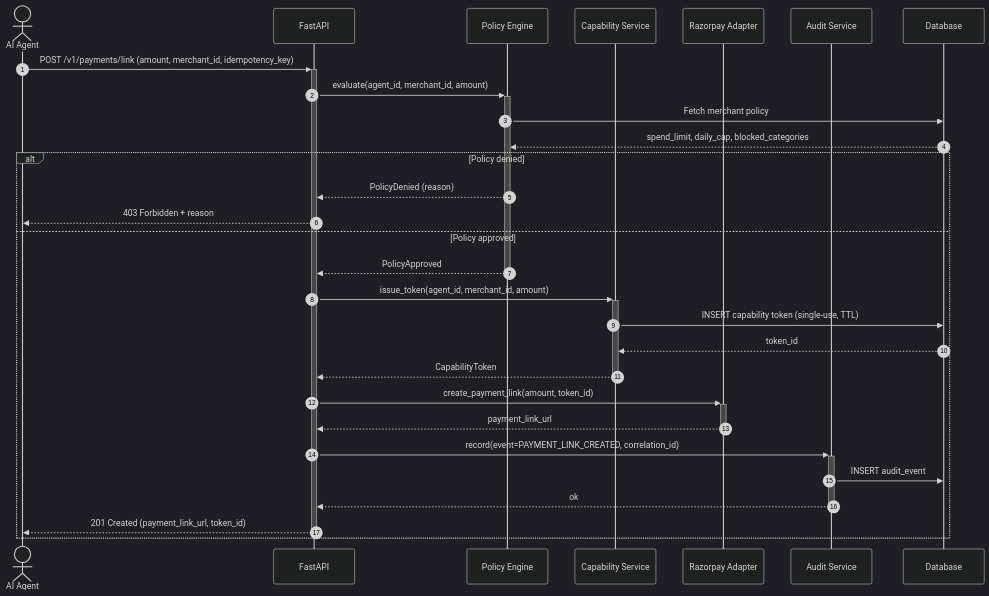
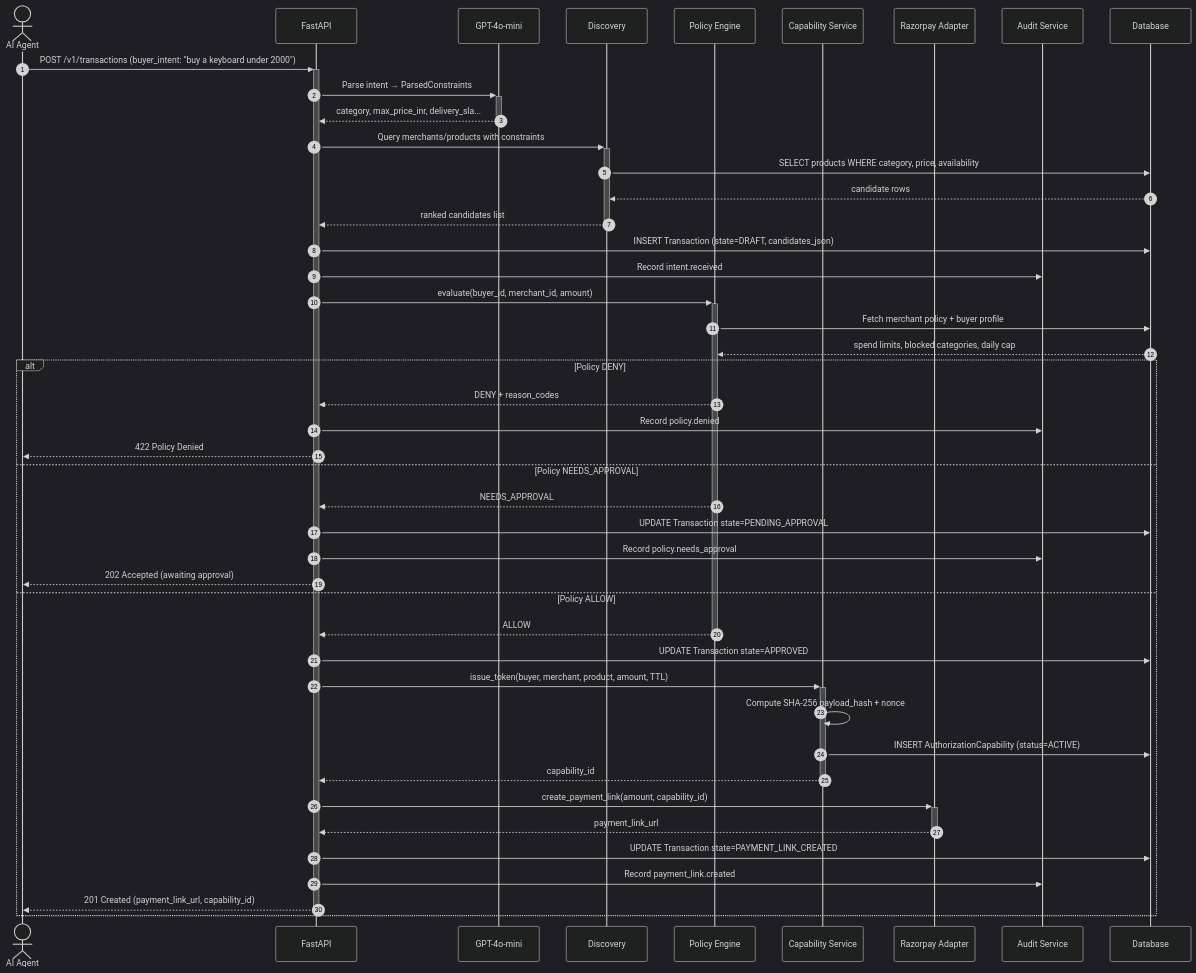
The third of 11 diagrams in README.md (simply-mihir/AgentSetu), drawn with Mermaid (dark theme) before and after one commit. The commit also changed other lines of this file and 1 other file, not shown here.

````diff
--- a/README.md
+++ b/README.md
@@ -225,38 +269,54 @@
 ```mermaid
 sequenceDiagram
     autonumber
     actor Agent as AI Agent
     participant API as FastAPI
+    participant AI as GPT-4o-mini
+    participant Disc as Discovery
     participant Policy as Policy Engine
     participant Cap as Capability Service
-    participant Razorpay as Razorpay Adapter
+    participant Rzp as Razorpay Adapter
     participant Audit as Audit Service
     participant DB as Database
 
-    Agent->>+API: POST /v1/payments/link (amount, merchant_id, idempotency_key)
-    API->>+Policy: evaluate(agent_id, merchant_id, amount)
+    Agent->>+API: POST /v1/transactions (buyer_intent: "buy a keyboard under 2000")
+    API->>+AI: Parse intent → ParsedConstraints
+    AI-->>-API: category, max_price_inr, delivery_sla...
 
-    Policy->>DB: Fetch merchant policy
-    DB-->>Policy: spend_limit, daily_cap, blocked_categories
+    API->>+Disc: Query merchants/products with constraints
+    Disc->>DB: SELECT products WHERE category, price, availability
+    DB-->>Disc: candidate rows
+    Disc-->>-API: ranked candidates list
 
-    alt Policy denied
-        Policy-->>API: PolicyDenied (reason)
-        API-->>Agent: 403 Forbidden + reason
-    else Policy approved
-        Policy-->>-API: PolicyApproved
+    API->>DB: INSERT Transaction (state=DRAFT, candidates_json)
+    API->>Audit: Record intent.received
 
-        API->>+Cap: issue_token(agent_id, merchant_id, amount)
-        Cap->>DB: INSERT capability token (single-use, TTL)
-        DB-->>Cap: token_id
-        Cap-->>-API: CapabilityToken
+    API->>+Policy: evaluate(buyer_id, merchant_id, amount)
+    Policy->>DB: Fetch merchant policy + buyer profile
+    DB-->>Policy: spend limits, blocked categories, daily cap
 
-        API->>+Razorpay: create_payment_link(amount, token_id)
-        Razorpay-->>-API: payment_link_url
+    alt Policy DENY
+        Policy-->>API: DENY + reason_codes
+        API->>Audit: Record policy.denied
+        API-->>Agent: 422 Policy Denied
+    else Policy NEEDS_APPROVAL
+        Policy-->>API: NEEDS_APPROVAL
+        API->>DB: UPDATE Transaction state=PENDING_APPROVAL
+        API->>Audit: Record policy.needs_approval
+        API-->>Agent: 202 Accepted (awaiting approval)
+    else Policy ALLOW
+        Policy-->>-API: ALLOW
+        API->>DB: UPDATE Transaction state=APPROVED
+        API->>+Cap: issue_token(buyer, merchant, product, amount, TTL)
+        Cap->>Cap: Compute SHA-256 payload_hash + nonce
+        Cap->>DB: INSERT AuthorizationCapability (status=ACTIVE)
+        Cap-->>-API: capability_id
 
-        API->>+Audit: record(event=PAYMENT_LINK_CREATED, correlation_id)
-        Audit->>DB: INSERT audit_event
-        Audit-->>-API: ok
+        API->>+Rzp: create_payment_link(amount, capability_id)
+        Rzp-->>-API: payment_link_url
 
-        API-->>-Agent: 201 Created (payment_link_url, token_id)
+        API->>DB: UPDATE Transaction state=PAYMENT_LINK_CREATED
+        API->>Audit: Record payment_link.created
+        API-->>-Agent: 201 Created (payment_link_url, capability_id)
     end
 ```
````
